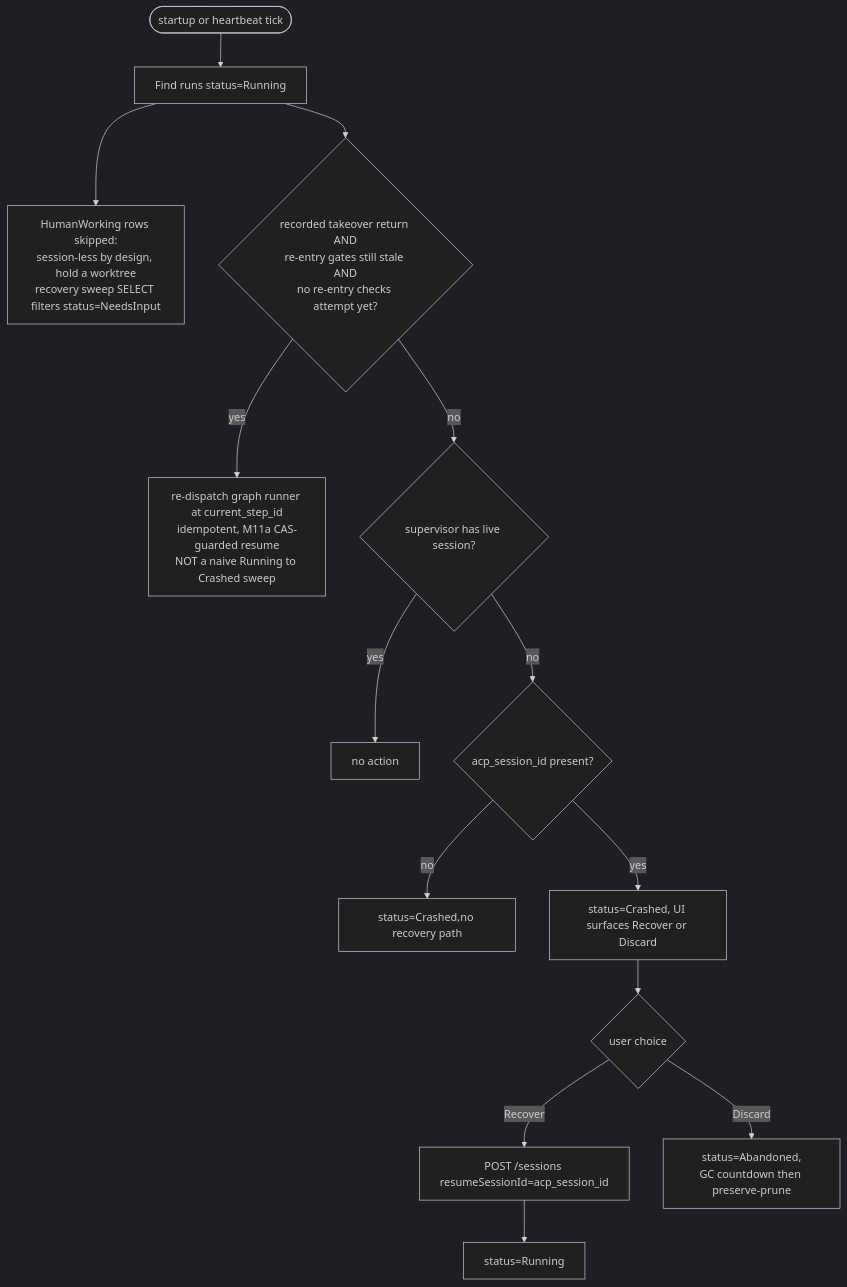
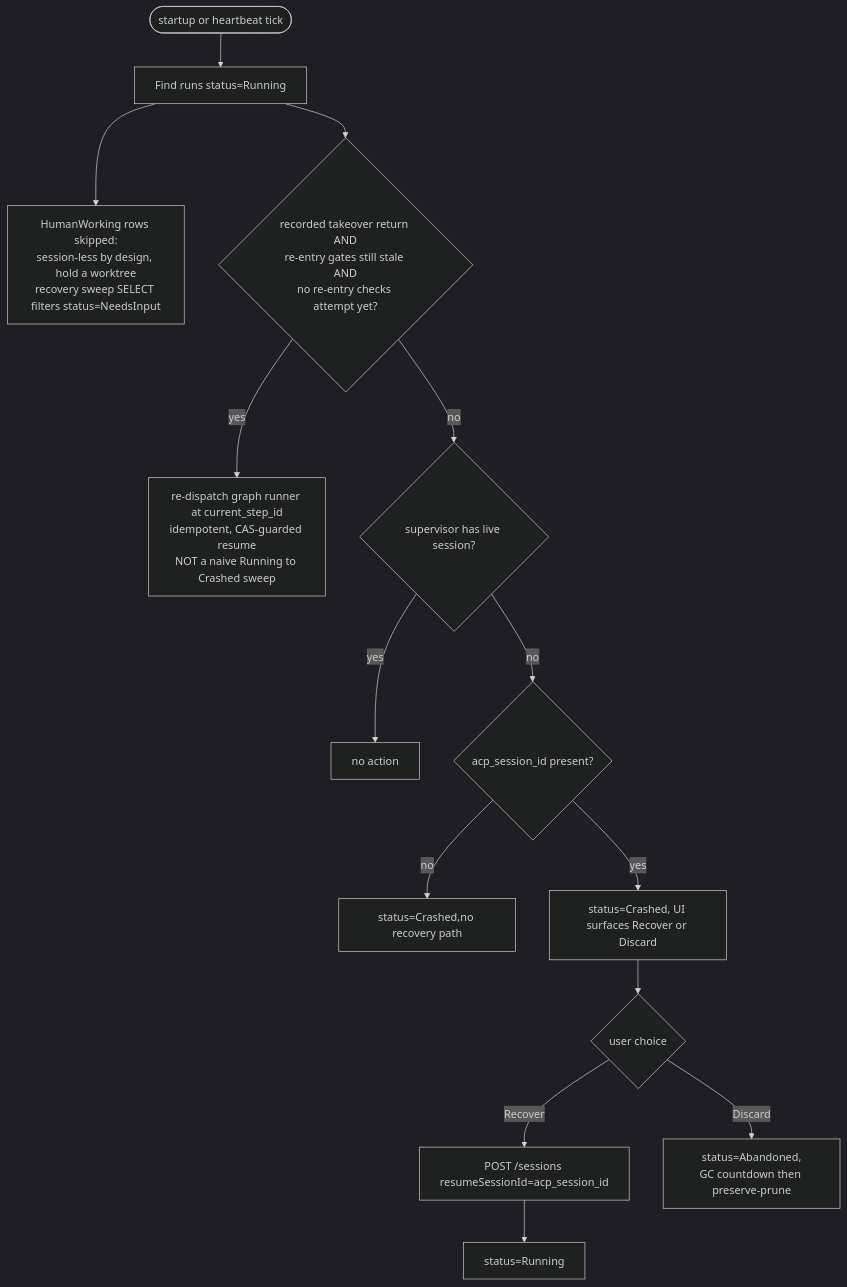
The fourth of 7 diagrams in docs/system-analytics/runs.md (maister-dev/maister), drawn with Mermaid (dark theme) before and after one commit. The commit also changed other lines of this file and 89 other files, not shown here.

````diff
--- a/docs/system-analytics/runs.md
+++ b/docs/system-analytics/runs.md
@@ -705,16 +708,16 @@
 ```mermaid
 flowchart TD
     Start([startup or heartbeat tick]) --> Find[Find runs status=Running]
     Find --> Skip[HumanWorking rows skipped:<br/>session-less by design, hold a worktree<br/>recovery sweep SELECT filters status=NeedsInput]
     Find --> Tk{recorded takeover return AND<br/>re-entry gates still stale AND<br/>no re-entry checks attempt yet?}
-    Tk -- yes --> Redispatch[re-dispatch graph runner at current_step_id<br/>idempotent, M11a CAS-guarded resume<br/>NOT a naive Running to Crashed sweep]
+    Tk -- yes --> Redispatch[re-dispatch graph runner at current_step_id<br/>idempotent, CAS-guarded resume<br/>NOT a naive Running to Crashed sweep]
     Tk -- no --> Live{supervisor has live session?}
     Live -- yes --> OK[no action]
     Live -- no --> Cp{acp_session_id present?}
     Cp -- no --> Crash1[status=Crashed,no recovery path]
     Cp -- yes --> Crash2[status=Crashed, UI surfaces Recover or Discard]
     Crash2 --> User{user choice}
     User -- Recover --> Resume[POST /sessions resumeSessionId=acp_session_id]
     Resume --> Running[status=Running]
     User -- Discard --> Drop[status=Abandoned,<br/>GC countdown then preserve-prune]
 ```
````
